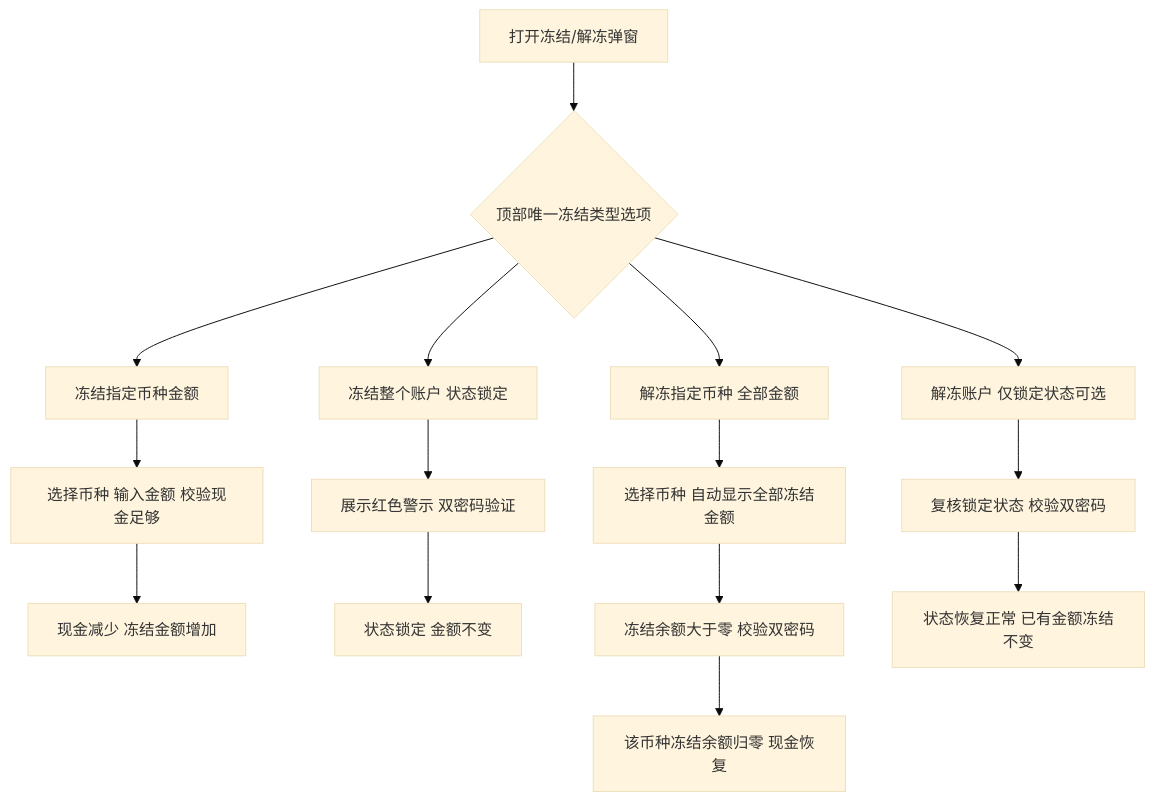
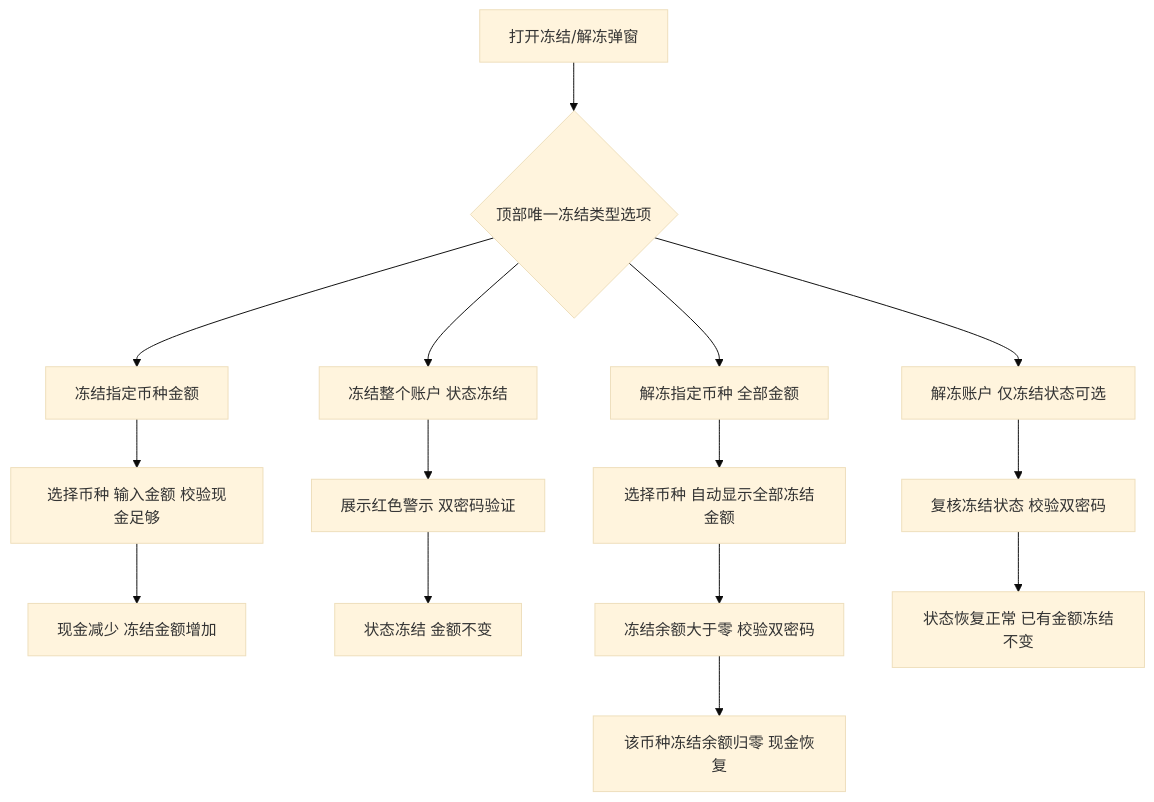
The eighth of 9 diagrams in docs/户口管理PRD/PRD_户口管理调整_20261031.md (bala-luoluo/cashier-prototype), drawn with Mermaid (base theme) before and after one commit. The commit also changed other lines of this file and 11 other files, not shown here.

````diff
--- a/docs/户口管理PRD/PRD_户口管理调整_20261031.md
+++ b/docs/户口管理PRD/PRD_户口管理调整_20261031.md
@@ -528,17 +528,17 @@
 ```mermaid
 flowchart TD
  A[打开冻结/解冻弹窗] --> B{顶部唯一冻结类型选项}
  B --> C[冻结指定币种金额]
- B --> D[冻结整个账户 状态锁定]
+ B --> D[冻结整个账户 状态冻结]
  B --> E[解冻指定币种 全部金额]
- B --> F[解冻账户 仅锁定状态可选]
+ B --> F[解冻账户 仅冻结状态可选]
  C --> C1[选择币种 输入金额 校验现金足够]
  C1 --> C2[现金减少 冻结金额增加]
  D --> D1[展示红色警示 双密码验证]
- D1 --> D2[状态锁定 金额不变]
+ D1 --> D2[状态冻结 金额不变]
  E --> E1[选择币种 自动显示全部冻结金额]
  E1 --> E2[冻结余额大于零 校验双密码]
  E2 --> E3[该币种冻结余额归零 现金恢复]
- F --> F1[复核锁定状态 校验双密码]
+ F --> F1[复核冻结状态 校验双密码]
  F1 --> F2[状态恢复正常 已有金额冻结不变]
 ```
````
